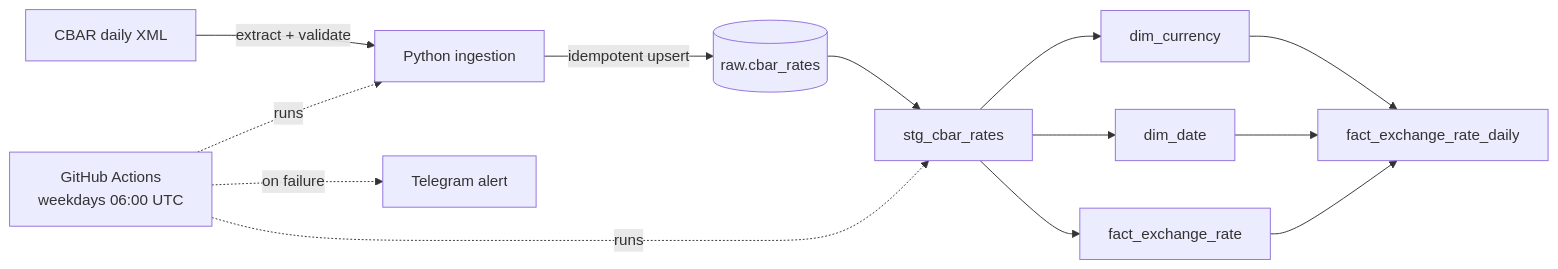
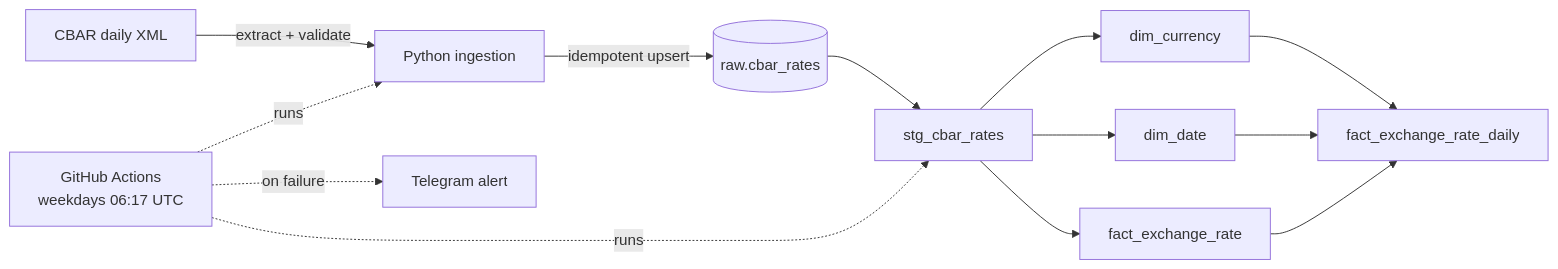
The diagram in README.md (HafizAhmadov/fx-data-pipeline), drawn with Mermaid before and after one commit. The commit also changed other lines of this file, not shown here.

Commit message:
Update README with Docker and Airflow; set schedule to 06:17 UTC

````diff
--- a/README.md
+++ b/README.md
@@ -7,15 +7,15 @@
 ```mermaid
 flowchart LR
     A[CBAR daily XML] -->|extract + validate| B[Python ingestion]
     B -->|idempotent upsert| C[(raw.cbar_rates)]
     C --> D[stg_cbar_rates]
     D --> E[dim_currency]
     D --> F[dim_date]
     D --> G[fact_exchange_rate]
     E --> H[fact_exchange_rate_daily]
     F --> H
     G --> H
-    I[GitHub Actions<br/>weekdays 06:00 UTC] -.->|runs| B
+    I[GitHub Actions<br/>weekdays 06:17 UTC] -.->|runs| B
     I -.->|runs| D
     I -.->|on failure| J[Telegram alert]
 ```
````
